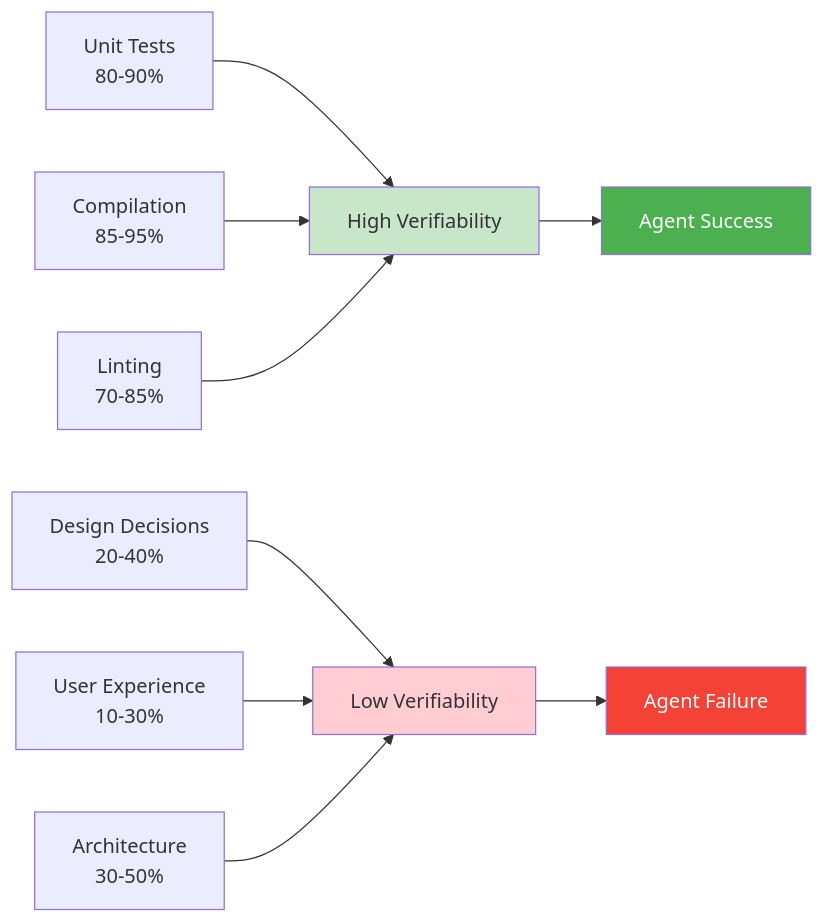
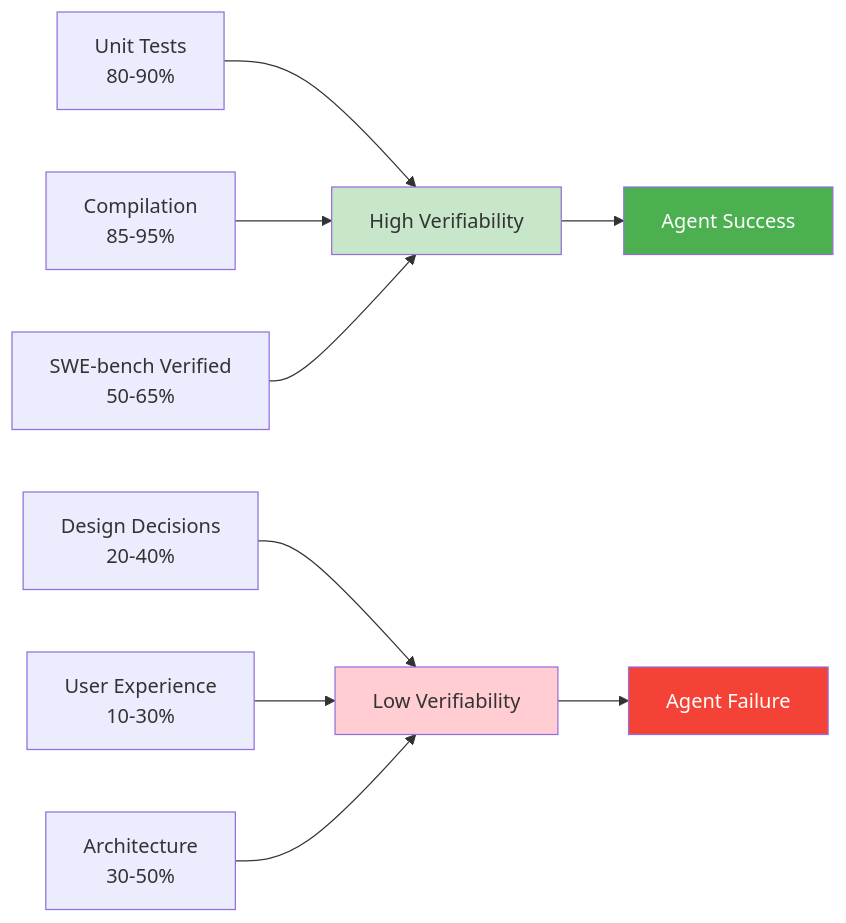
One commit to mldangelo/eairg-coding-agent-talk changed the third of 4 diagrams in talk.md. Above: the diagram before and after it, drawn with Mermaid. The commit also changed other lines of this file, not shown here.

````diff
--- a/talk.md
+++ b/talk.md
@@ -617,18 +618,18 @@
 ```mermaid
 graph LR
     A[High Verifiability] --> B[Agent Success]
     C[Low Verifiability] --> D[Agent Failure]
 
     A1[Unit Tests<br/>80-90%] --> A
     A2[Compilation<br/>85-95%] --> A
-    A3[Linting<br/>70-85%] --> A
+    A3[SWE-bench Verified<br/>50-65%] --> A
 
     C1[Design Decisions<br/>20-40%] --> C
     C2[User Experience<br/>10-30%] --> C
     C3[Architecture<br/>30-50%] --> C
 
     style A fill:#c8e6c9
     style C fill:#ffcdd2
     style B fill:#4caf50,color:#fff
     style D fill:#f44336,color:#fff
 ```
````
